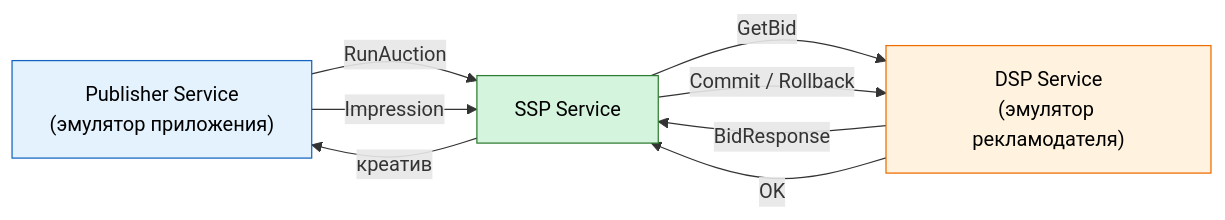
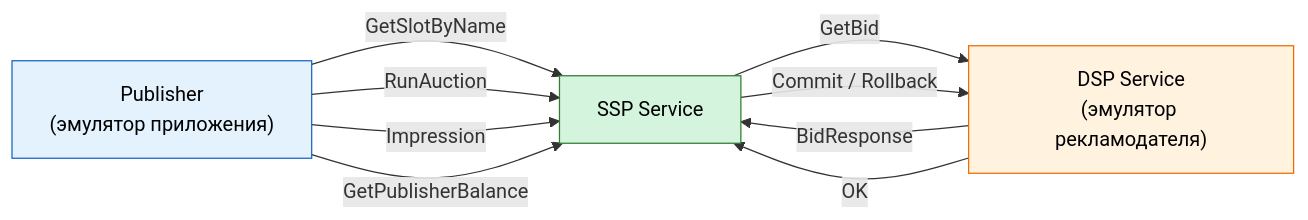
The first of 2 diagrams in docs/architecture/mvp-scenario.md (7cout/minissp), drawn with Mermaid before and after one commit. The commit also changed other lines of this file and 2 other files, not shown here.

````diff
--- a/docs/architecture/mvp-scenario.md
+++ b/docs/architecture/mvp-scenario.md
@@ -9,22 +9,23 @@
 ```mermaid
 flowchart LR
-    Pub["Publisher Service<br/>(эмулятор приложения)"]
+    Pub["Publisher<br/>(эмулятор приложения)"]
     SSP["SSP Service"]
     DSP["DSP Service<br/>(эмулятор рекламодателя)"]
 
+    Pub -->|"GetSlotByName"| SSP
     Pub -->|"RunAuction"| SSP
     Pub -->|"Impression"| SSP
+    Pub -->|"GetPublisherBalance"| SSP
     SSP -->|"GetBid"| DSP
     SSP -->|"Commit / Rollback"| DSP
-    SSP -->|"креатив"| Pub
     DSP -->|"BidResponse"| SSP
     DSP -->|"OK"| SSP
 
     classDef pub fill:#e3f2fd,stroke:#1565c0,color:#000
     classDef ssp fill:#d4f4dd,stroke:#2e7d32,color:#000
     classDef dsp fill:#fff3e0,stroke:#ef6c00,color:#000
 
     class Pub pub
     class SSP ssp
     class DSP dsp
 ```
````
